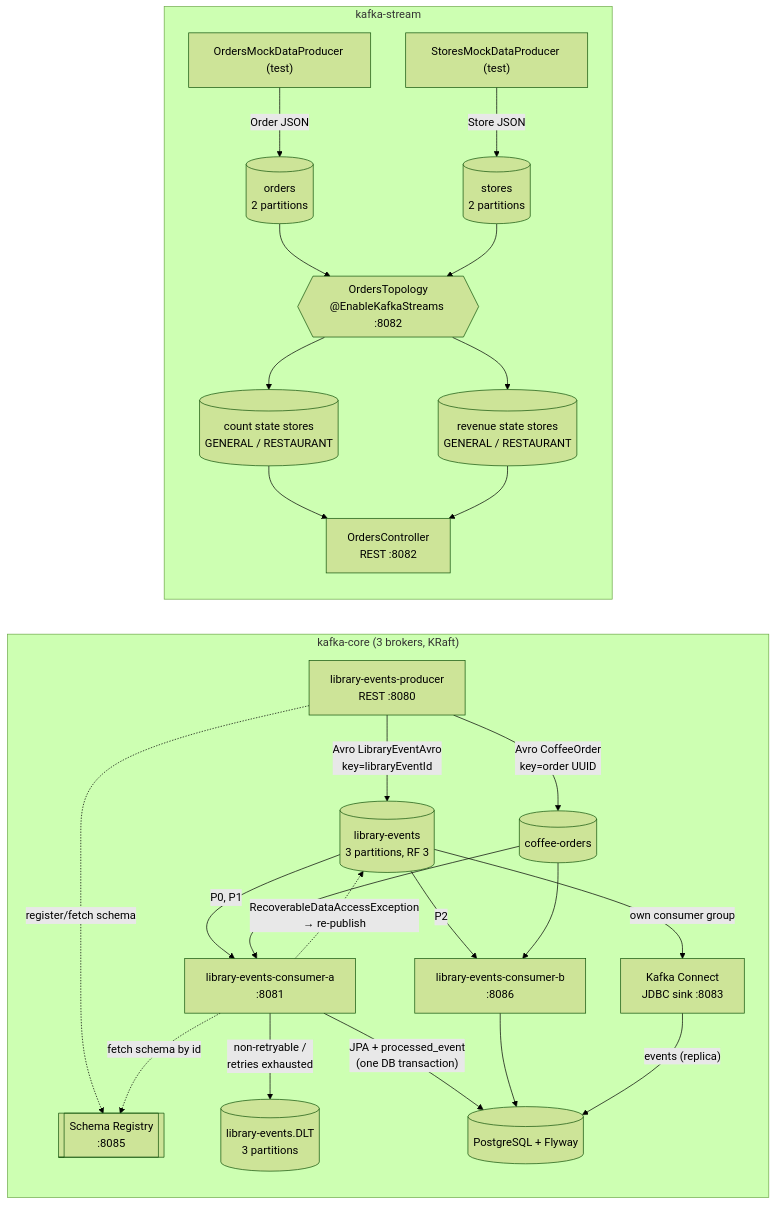
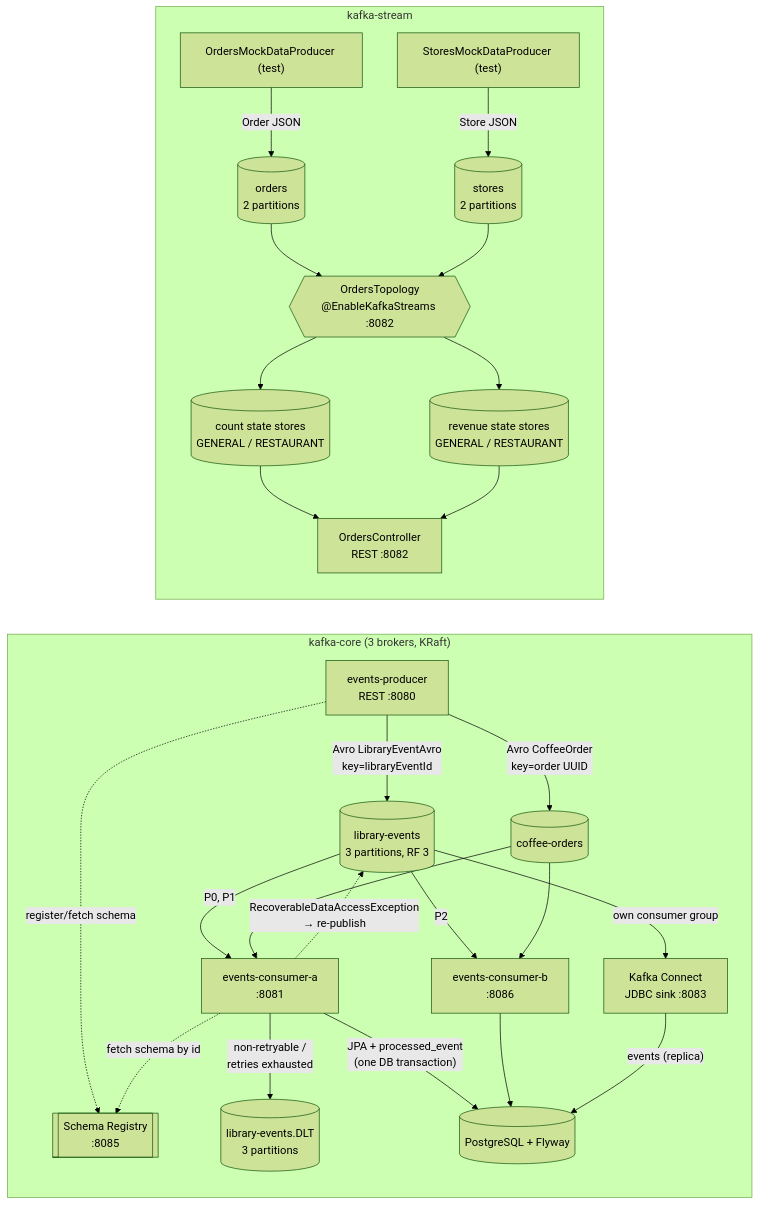
Before and after one commit to himnay/learning-kafka: the first of 2 diagrams in README.md, drawn with Mermaid (forest theme). The commit also changed other lines of this file and 117 other files, not shown here.

First line of the commit message:
refactor(kafka-core): rename modules to events-producer and events-consumer-a/-b

````diff
--- a/README.md
+++ b/README.md
@@ -125,30 +125,30 @@
 ```mermaid
 flowchart LR
     subgraph "kafka-core (3 brokers, KRaft)"
-        ProducerAPI["library-events-producer\nREST :8080"] -->|"Avro LibraryEventAvro\nkey=libraryEventId"| T1[("library-events\n3 partitions, RF 3")]
+        ProducerAPI["events-producer\nREST :8080"] -->|"Avro LibraryEventAvro\nkey=libraryEventId"| T1[("library-events\n3 partitions, RF 3")]
         ProducerAPI -->|"Avro CoffeeOrder\nkey=order UUID"| T2[("coffee-orders")]
         ProducerAPI -. "register/fetch schema" .-> SR[["Schema Registry\n:8085"]]
-        T1 -->|"P0, P1"| ConsumerA["library-events-consumer-a\n:8081"]
-        T1 -->|"P2"| ConsumerB["library-events-consumer-b\n:8086"]
+        T1 -->|"P0, P1"| ConsumerA["events-consumer-a\n:8081"]
+        T1 -->|"P2"| ConsumerB["events-consumer-b\n:8086"]
         T2 --> ConsumerA
         T2 --> ConsumerB
         ConsumerA -. "fetch schema by id" .-> SR
         ConsumerA -->|"non-retryable /\nretries exhausted"| DLT[("library-events.DLT\n3 partitions")]
         ConsumerA -->|"JPA + processed_event\n(one DB transaction)"| PG[(PostgreSQL + Flyway)]
         ConsumerB --> PG
         ConsumerA -.->|"RecoverableDataAccessException\n→ re-publish"| T1
         T1 -->|"own consumer group"| KC["Kafka Connect\nJDBC sink :8083"]
         KC -->|"events (replica)"| PG
     end
 
     subgraph "kafka-stream"
         OrdersProducer["OrdersMockDataProducer (test)"] -->|"Order JSON"| T3[("orders\n2 partitions")]
         StoresProducer["StoresMockDataProducer (test)"] -->|"Store JSON"| T4[("stores\n2 partitions")]
         T3 --> Topology{{"OrdersTopology\n@EnableKafkaStreams :8082"}}
         T4 --> Topology
         Topology --> CountStore[("count state stores\nGENERAL / RESTAURANT")]
         Topology --> RevenueStore[("revenue state stores\nGENERAL / RESTAURANT")]
         CountStore --> StreamsAPI["OrdersController\nREST :8082"]
         RevenueStore --> StreamsAPI
     end
 ```
````
